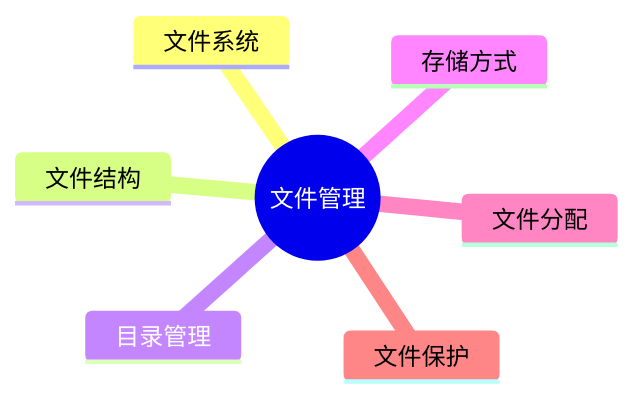
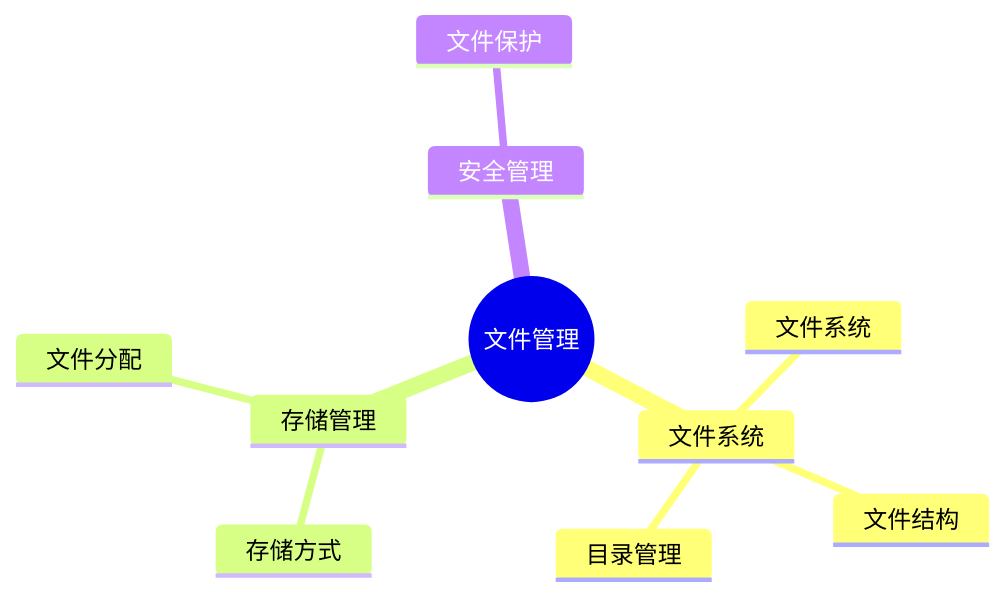
One commit to skylonely/sgao-website changed the first of 2 diagrams in docs/ruankao/system-architect/chapters/chapter-02/11-file-management.md. Above: the diagram before and after it, drawn with Mermaid. The commit also changed other lines of this file and 39 other files, not shown here.

Commit message:
fix: Mermaid 思维导图

````diff
--- a/docs/ruankao/system-architect/chapters/chapter-02/11-file-management.md
+++ b/docs/ruankao/system-architect/chapters/chapter-02/11-file-management.md
@@ -34,10 +34,13 @@
 ```mermaid
 mindmap
   root((文件管理))
     文件系统
-    文件结构
-    目录管理
-    存储方式
-    文件分配
-    文件保护
+      文件系统
+      文件结构
+      目录管理
+    存储管理
+      存储方式
+      文件分配
+    安全管理
+      文件保护
 ```
````
